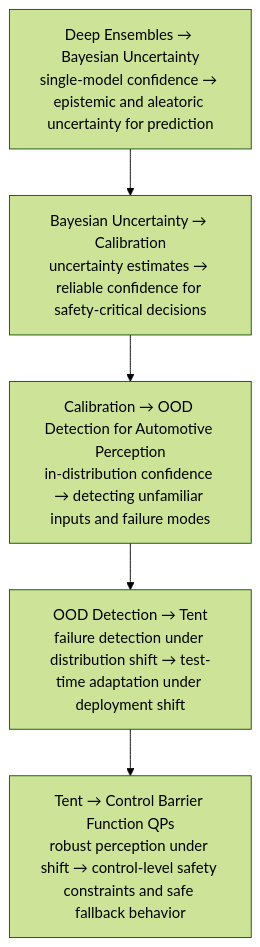
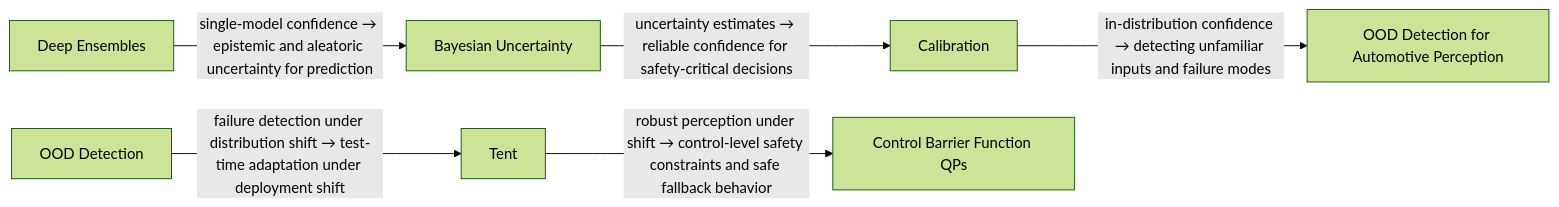
One commit to SechanOh/awesome-multimodal-perception changed diagram 15 of 15 in README.md. Above: the diagram before and after it, drawn with Mermaid (forest theme). The commit also changed other lines of this file, not shown here.

Commit message:
Refine field evolution diagrams

````diff
--- a/README.md
+++ b/README.md
@@ -669,9 +757,15 @@
 ```mermaid
-flowchart TD
-    step1["Deep Ensembles → Bayesian Uncertainty<br/>single-model confidence → epistemic and aleatoric uncertainty for prediction"]
-    step2["Bayesian Uncertainty → Calibration<br/>uncertainty estimates → reliable confidence for safety-critical decisions"]
-    step3["Calibration → OOD Detection for Automotive Perception<br/>in-distribution confidence → detecting unfamiliar inputs and failure modes"]
-    step4["OOD Detection → Tent<br/>failure detection under distribution shift → test-time adaptation under deployment shift"]
-    step5["Tent → Control Barrier Function QPs<br/>robust perception under shift → control-level safety constraints and safe fallback behavior"]
-    step1 --> step2 --> step3 --> step4 --> step5
+flowchart LR
+    s14n1["Deep Ensembles"]
+    s14n2["Bayesian Uncertainty"]
+    s14n3["Calibration"]
+    s14n4["OOD Detection for Automotive Perception"]
+    s14n5["OOD Detection"]
+    s14n6["Tent"]
+    s14n7["Control Barrier Function QPs"]
+    s14n1 -->|"single-model confidence → epistemic and aleatoric uncertainty for prediction"| s14n2
+    s14n2 -->|"uncertainty estimates → reliable confidence for safety-critical decisions"| s14n3
+    s14n3 -->|"in-distribution confidence → detecting unfamiliar inputs and failure modes"| s14n4
+    s14n5 -->|"failure detection under distribution shift → test-time adaptation under deployment shift"| s14n6
+    s14n6 -->|"robust perception under shift → control-level safety constraints and safe fallback behavior"| s14n7
 ```
````
